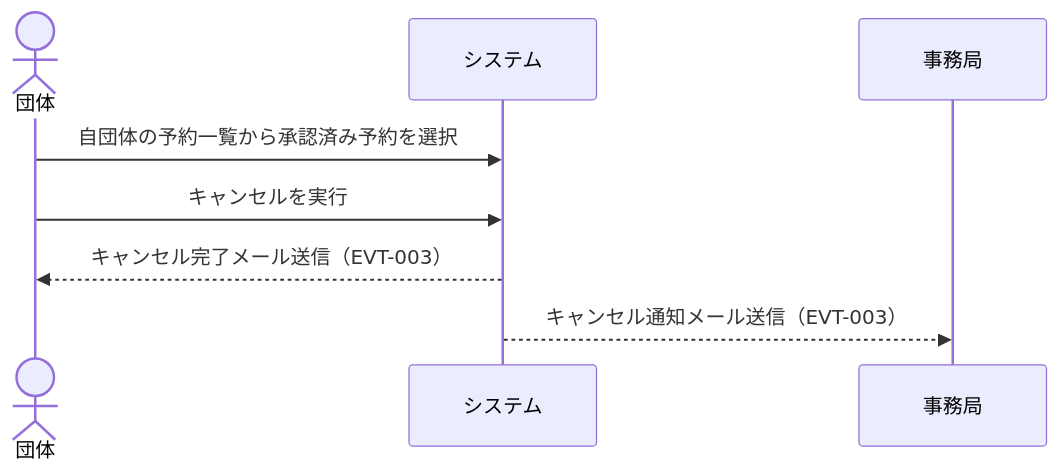
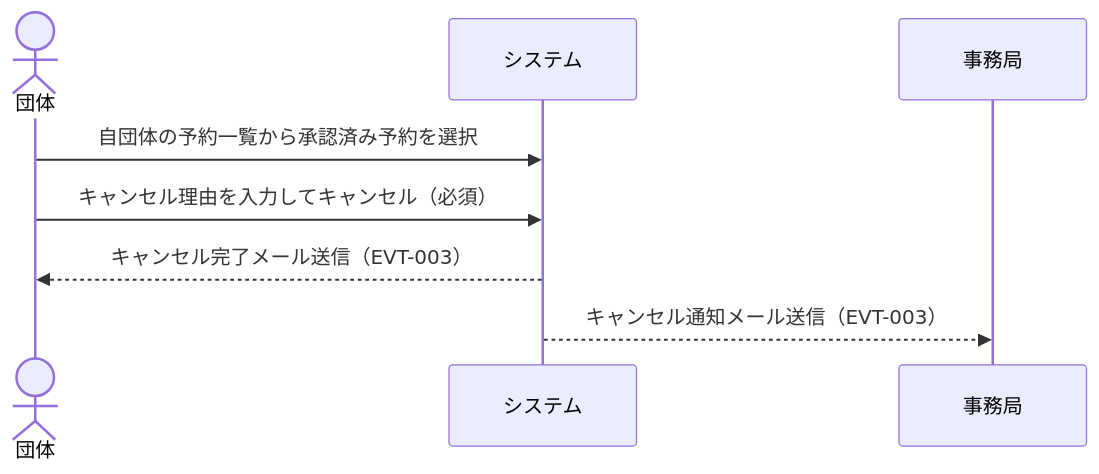
The fifth of 8 diagrams in rdra/contexts/reservation-application.md (gdsc-osaka/iclub-reserve), drawn with Mermaid before and after one commit. The commit also changed other lines of this file and 6 other files, not shown here.

````diff
--- a/rdra/contexts/reservation-application.md
+++ b/rdra/contexts/reservation-application.md
@@ -298,11 +298,11 @@
 ```mermaid
 sequenceDiagram
     actor 団体
     participant システム
     participant 事務局
 
     団体->>システム: 自団体の予約一覧から承認済み予約を選択
-    団体->>システム: キャンセルを実行
+    団体->>システム: キャンセル理由を入力してキャンセル（必須）
     システム-->>団体: キャンセル完了メール送信（EVT-003）
     システム-->>事務局: キャンセル通知メール送信（EVT-003）
 ```
````
